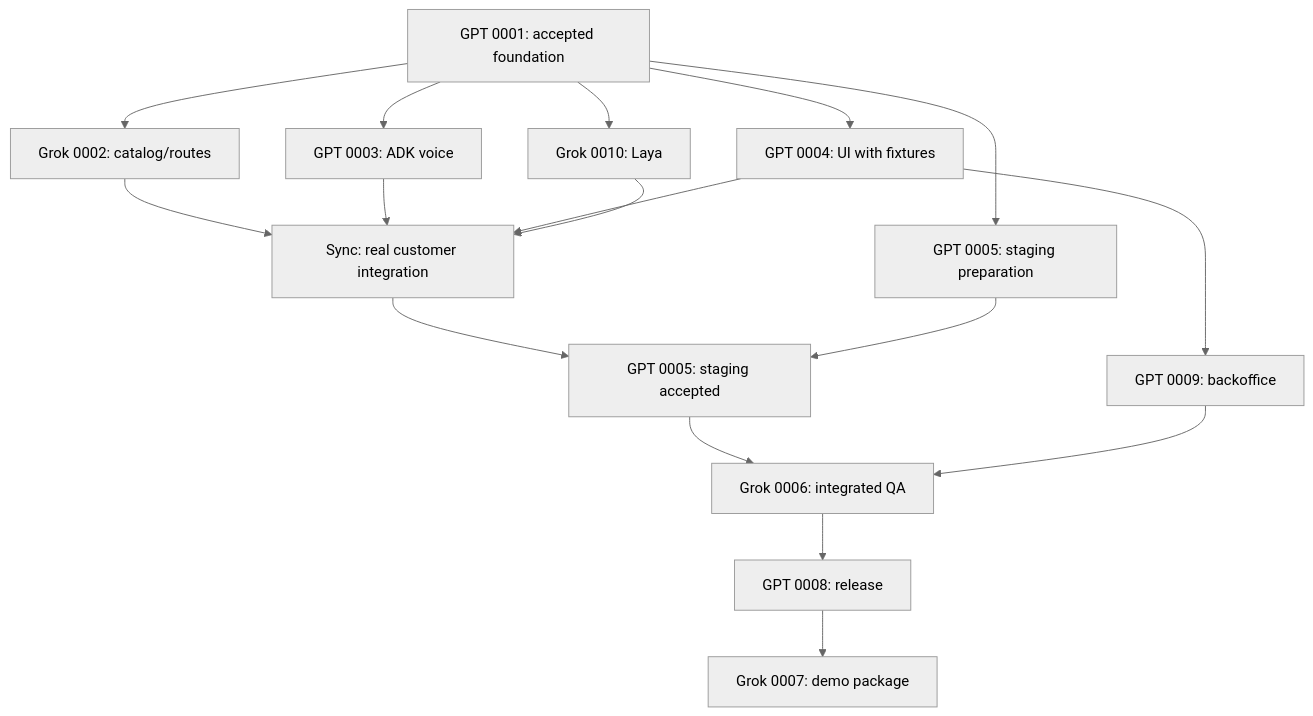
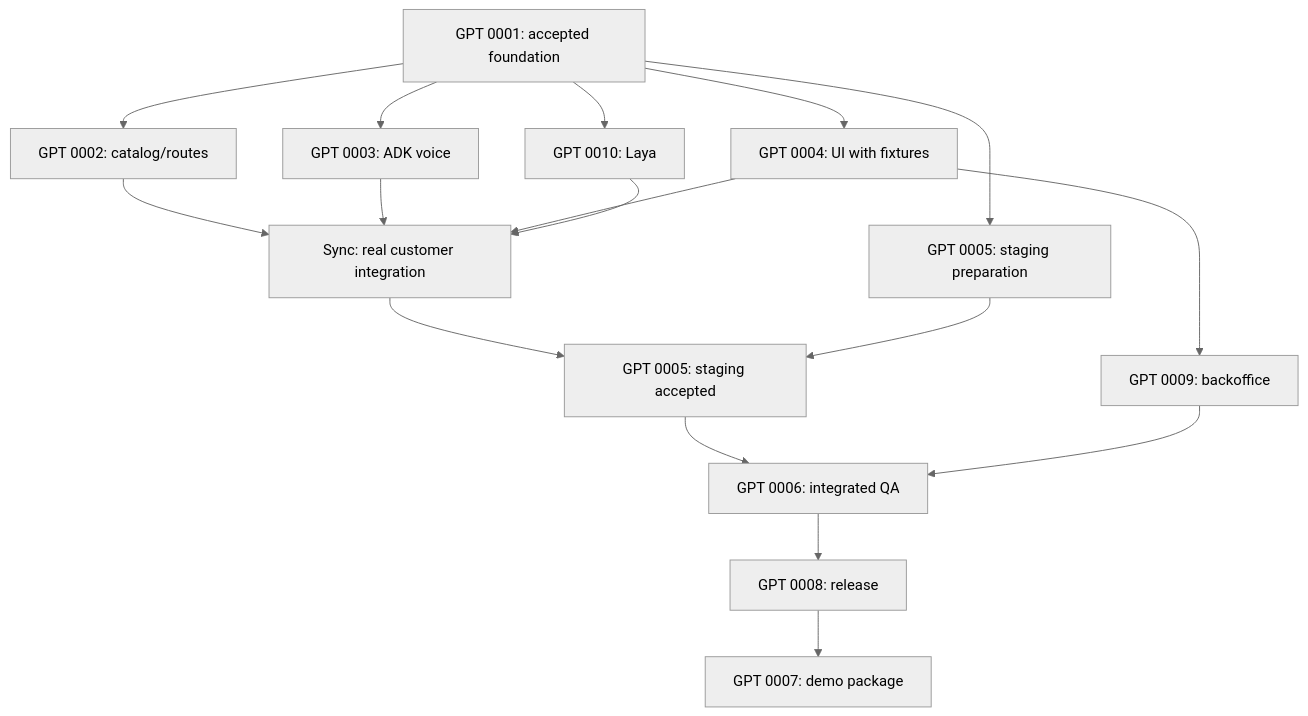
The diagram in docs/MODEL-ALLOCATION.md (apaichon/prompt-shop), drawn with Mermaid (neutral theme) before and after one commit. The commit also changed other lines of this file and 58 other files, not shown here.

````diff
--- a/docs/MODEL-ALLOCATION.md
+++ b/docs/MODEL-ALLOCATION.md
@@ -79,19 +79,19 @@
 ```mermaid
 flowchart TD
-    F["GPT 0001: accepted foundation"] --> C["Grok 0002: catalog/routes"]
+    F["GPT 0001: accepted foundation"] --> C["GPT 0002: catalog/routes"]
     F --> V["GPT 0003: ADK voice"]
     F --> U["GPT 0004: UI with fixtures"]
-    F --> L["Grok 0010: Laya"]
+    F --> L["GPT 0010: Laya"]
     F --> P["GPT 0005: staging preparation"]
     C --> I["Sync: real customer integration"]
     V --> I
     U --> I
     L --> I
     I --> S["GPT 0005: staging accepted"]
     P --> S
     U --> B["GPT 0009: backoffice"]
-    S --> Q["Grok 0006: integrated QA"]
+    S --> Q["GPT 0006: integrated QA"]
     B --> Q
     Q --> R["GPT 0008: release"]
-    R --> D["Grok 0007: demo package"]
+    R --> D["GPT 0007: demo package"]
 ```
````
